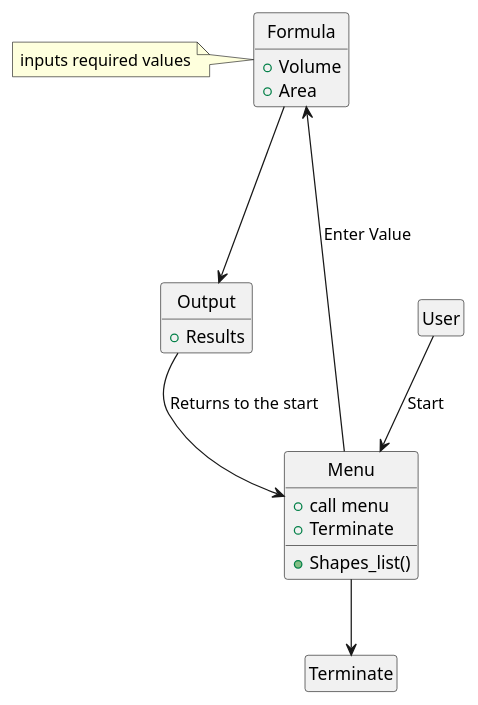
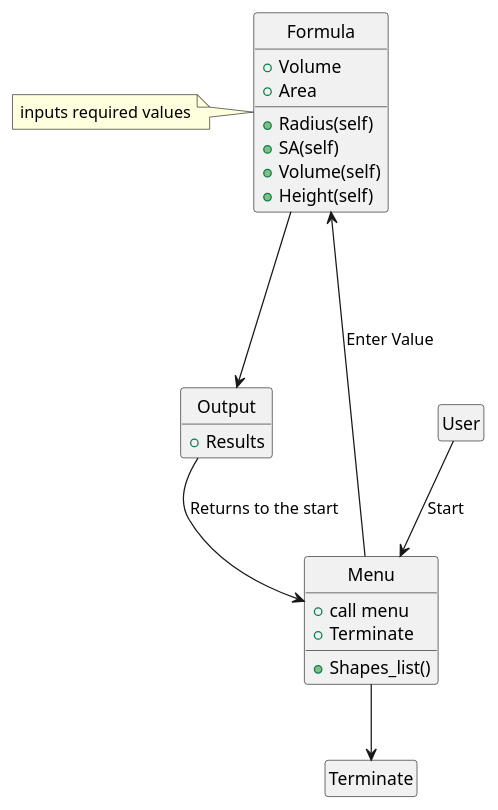
One commit to EJ2002/OOIndigoProject changed the diagram in PUML/LXRequirementVSAPCalculator.puml. Above: the diagram before and after it, drawn with PlantUML.

```diff
--- a/PUML/LXRequirementVSAPCalculator.puml
+++ b/PUML/LXRequirementVSAPCalculator.puml
@@ -1,25 +1,30 @@
 @startuml
 class User
 class Menu {
 +Shapes_list()
 +call menu
 +Terminate
+
 }
 class Formula{
 +Volume
 +Area
++Radius(self)
++SA(self)
++Volume(self)
++Height(self)
 }
 class Output{
 +Results
 }
 class Terminate
 note left of Formula : inputs required values
 User --> Menu : "Start"
 Menu ---> Formula : "Enter Value"
 Formula ---> Output
 Output --> Menu : "Returns to the start"
 Menu --> Terminate
 
 hide circles
 hide empty members
 @enduml
```
